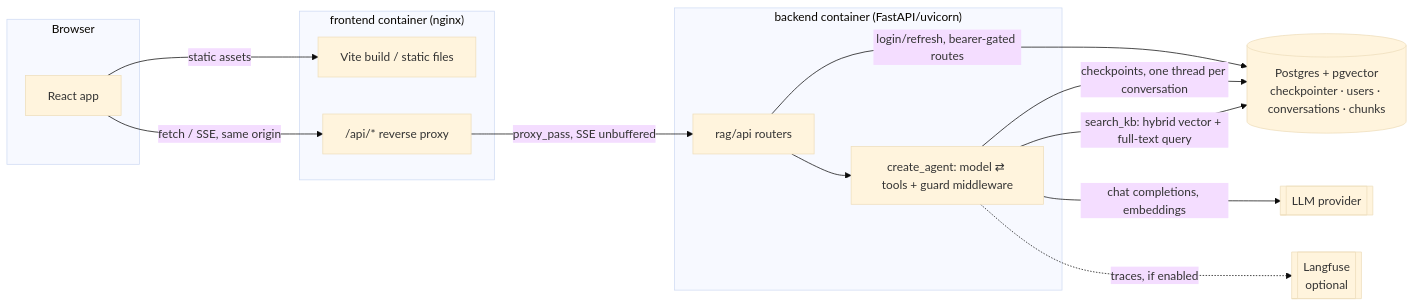
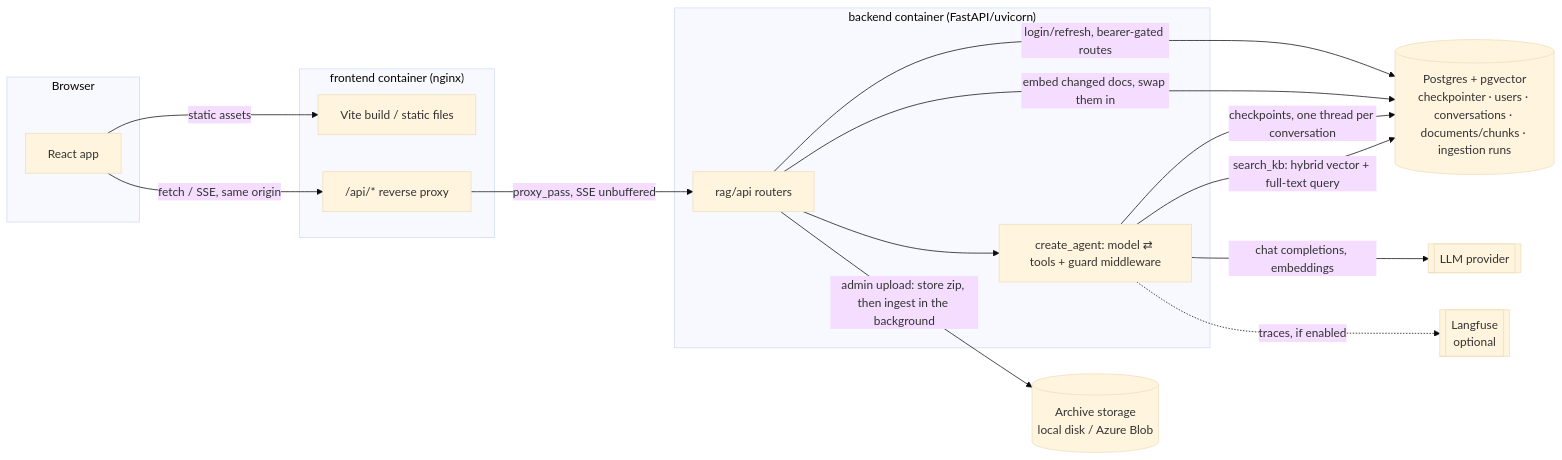
One commit to hadifar/rag changed the first of 5 diagrams in docs/architecture.md. Above: the diagram before and after it, drawn with Mermaid (base theme). The commit also changed other lines of this file and 7 other files, not shown here.

````diff
--- a/docs/architecture.md
+++ b/docs/architecture.md
@@ -9,30 +9,33 @@
 ```mermaid
 graph LR
     subgraph browser[Browser]
         ui[React app]
     end
 
     subgraph frontendc["frontend container (nginx)"]
         static[Vite build / static files]
         proxy["/api/* reverse proxy"]
     end
 
     subgraph backendc["backend container (FastAPI/uvicorn)"]
         api[rag/api routers]
         langgraph["create_agent: model ⇄ tools + guard middleware"]
     end
 
-    postgres[(Postgres + pgvector<br/>checkpointer · users · conversations · chunks)]
+    postgres[(Postgres + pgvector<br/>checkpointer · users · conversations · documents/chunks · ingestion runs)]
+    archives[(Archive storage<br/>local disk / Azure Blob)]
     llm[[LLM provider]]
     langfuse[[Langfuse<br/>optional]]
 
     ui -->|static assets| static
     ui -->|"fetch / SSE, same origin"| proxy
     proxy -->|"proxy_pass, SSE unbuffered"| api
     api -->|"login/refresh, bearer-gated routes"| postgres
+    api -->|"admin upload: store zip, then ingest in the background"| archives
+    api -->|"embed changed docs, swap them in"| postgres
     api --> langgraph
     langgraph -->|checkpoints, one thread per conversation| postgres
     langgraph -->|search_kb: hybrid vector + full-text query| postgres
     langgraph -->|chat completions, embeddings| llm
     langgraph -.->|traces, if enabled| langfuse
 ```
````
